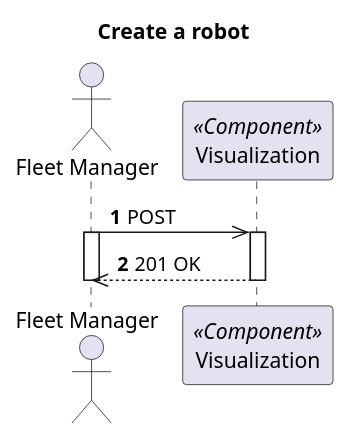
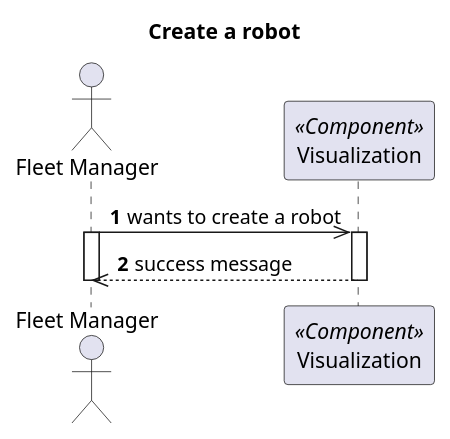
Before and after one commit to 1210910/lapr5: the diagram in docs/VistaProcesso/US360(1010)/Visualization/ProcessView_Level2_US1010.puml, drawn with PlantUML. The commit also changed 14 other files, not shown here.

Commit message:
Fixed diagrams (communication user/system)

```diff
--- a/docs/VistaProcesso/US360(1010)/Visualization/ProcessView_Level2_US1010.puml
+++ b/docs/VistaProcesso/US360(1010)/Visualization/ProcessView_Level2_US1010.puml
@@ -1,21 +1,21 @@
 @startuml Process View - Level 2 - Create a robot
 'https://plantuml.com/sequence-diagram
 
 autonumber
 
 skinparam packageStyle rect
 
 title Create a robot
 
 actor "Fleet Manager" as FM
 participant "Visualization" as V <<Component>>
 
-FM->> V : POST
+FM->> V : wants to create a robot
 
 activate FM
 activate V
-FM<<--- V : 201 OK
+FM<<--- V : success message
 deactivate V
 deactivate FM
 
 @enduml
```
